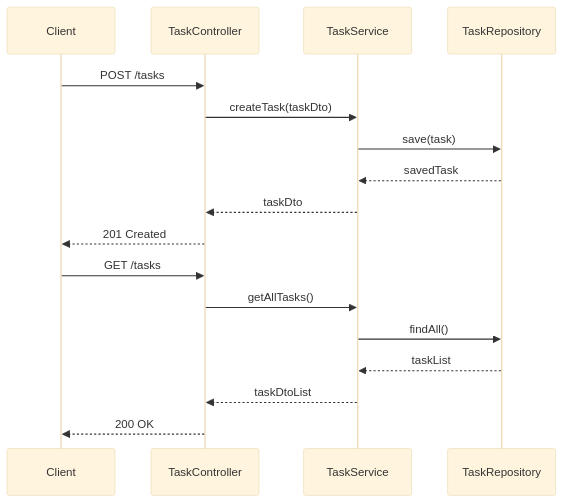
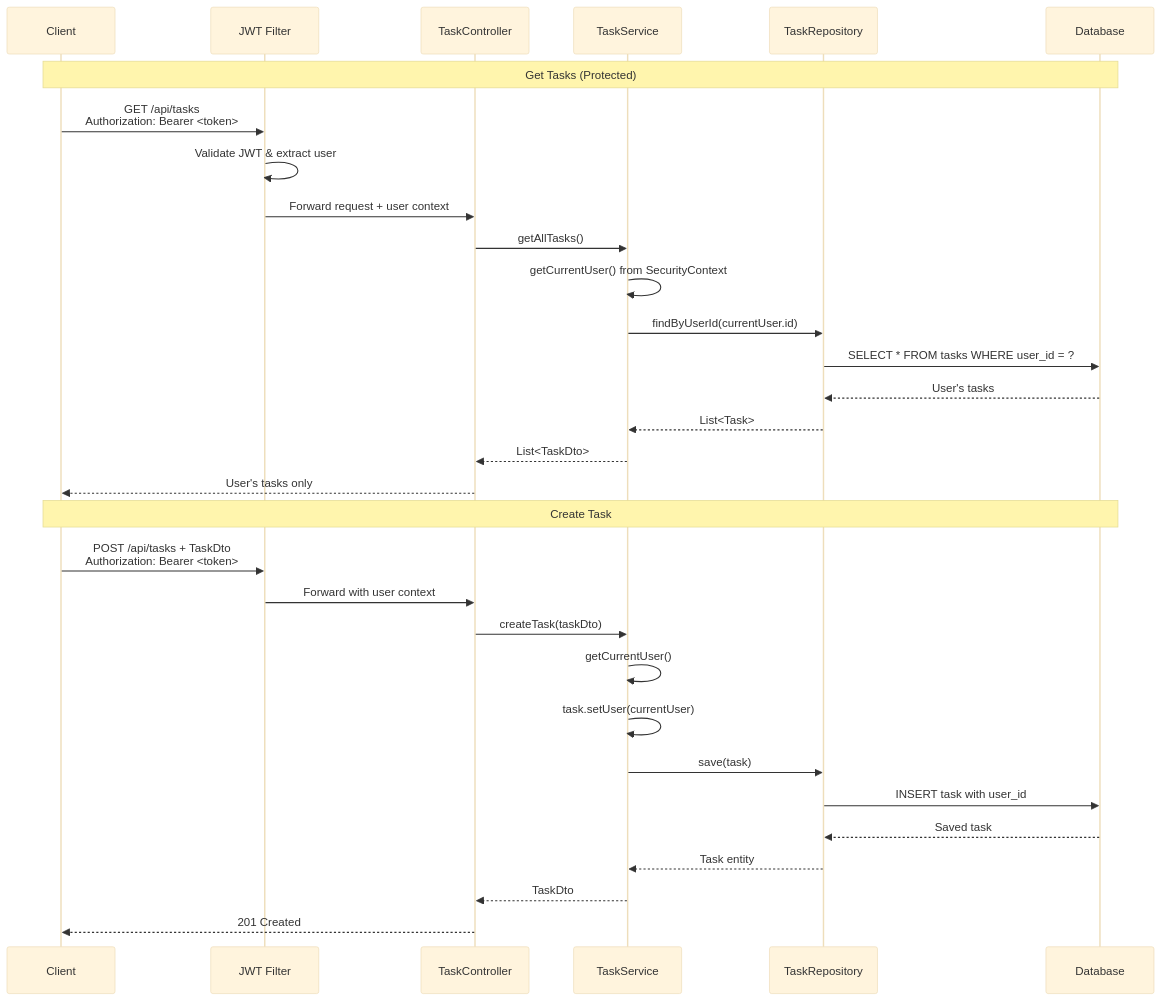
The fifth of 6 diagrams in README.md (mitchell7970/tasksys), drawn with Mermaid (base theme) before and after one commit. The commit also changed other lines of this file, not shown here.

````diff
--- a/README.md
+++ b/README.md
@@ -60,19 +143,35 @@
 ```mermaid
 sequenceDiagram
     participant C as Client
+    participant F as JWT Filter
     participant TC as TaskController
     participant TS as TaskService
     participant TR as TaskRepository
-    C ->> TC: POST /tasks
-    TC ->> TS: createTask(taskDto)
-    TS ->> TR: save(task)
-    TR -->> TS: savedTask
-    TS -->> TC: taskDto
-    TC -->> C: 201 Created
-    C ->> TC: GET /tasks
-    TC ->> TS: getAllTasks()
-    TS ->> TR: findAll()
-    TR -->> TS: taskList
-    TS -->> TC: taskDtoList
-    TC -->> C: 200 OK
+    participant DB as Database
+    
+    Note over C,DB: Get Tasks (Protected)
+    C->>F: GET /api/tasks<br>Authorization: Bearer <token>
+    F->>F: Validate JWT & extract user
+    F->>TC: Forward request + user context
+    TC->>TS: getAllTasks()
+    TS->>TS: getCurrentUser() from SecurityContext
+    TS->>TR: findByUserId(currentUser.id)
+    TR->>DB: SELECT * FROM tasks WHERE user_id = ?
+    DB-->>TR: User's tasks
+    TR-->>TS: List<Task>
+    TS-->>TC: List<TaskDto>
+    TC-->>C: User's tasks only
+    
+    Note over C,DB: Create Task
+    C->>F: POST /api/tasks + TaskDto<br>Authorization: Bearer <token>
+    F->>TC: Forward with user context
+    TC->>TS: createTask(taskDto)
+    TS->>TS: getCurrentUser()
+    TS->>TS: task.setUser(currentUser)
+    TS->>TR: save(task)
+    TR->>DB: INSERT task with user_id
+    DB-->>TR: Saved task
+    TR-->>TS: Task entity
+    TS-->>TC: TaskDto
+    TC-->>C: 201 Created
 ```
````
